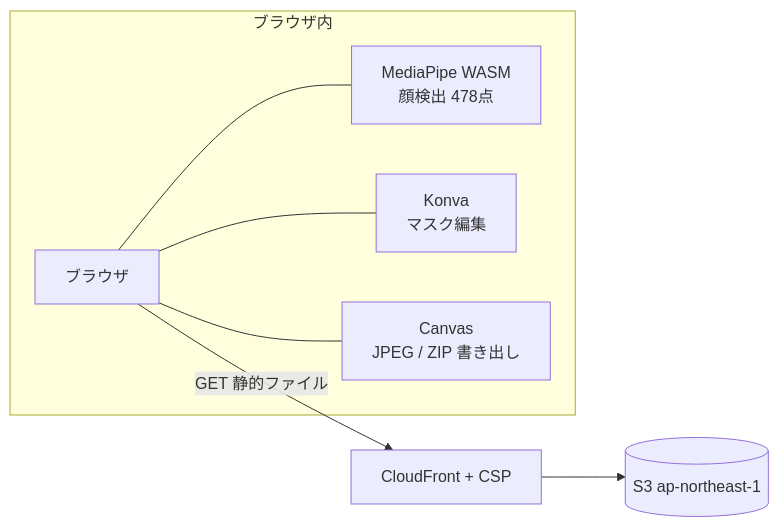
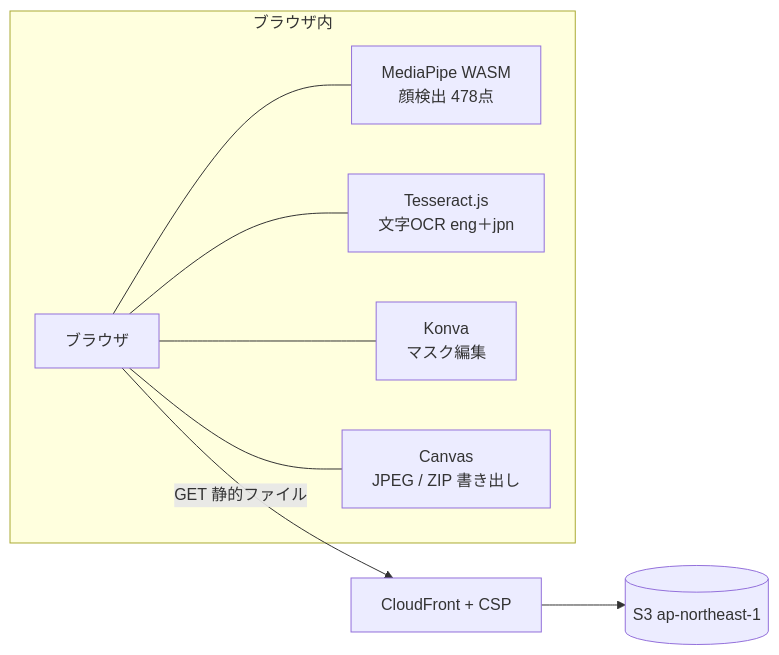
Before and after one commit to okamoto53515606/rm: the diagram in README.md, drawn with Mermaid.

Commit message:
docs: 構成図に Tesseract.js（ローカルOCR）を追加

````diff
--- a/README.md
+++ b/README.md
@@ -118,10 +118,11 @@
 ```mermaid
 flowchart LR
   U[ブラウザ] -->|GET 静的ファイル| CF[CloudFront + CSP]
   CF --> S3[(S3 ap-northeast-1)]
   subgraph ブラウザ内
     U --- W[MediaPipe WASM<br/>顔検出 478点]
+    U --- T[Tesseract.js<br/>文字OCR eng＋jpn]
     U --- C[Konva<br/>マスク編集]
     U --- Z[Canvas<br/>JPEG / ZIP 書き出し]
   end
 ```
````
